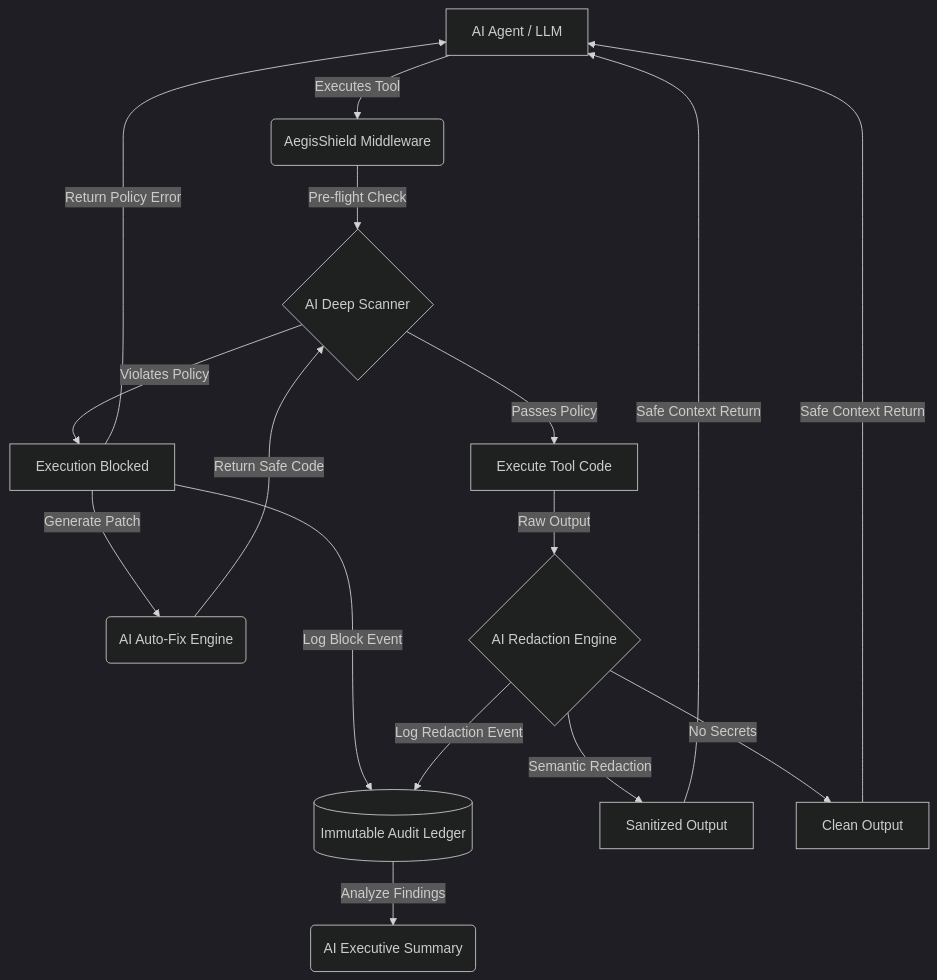
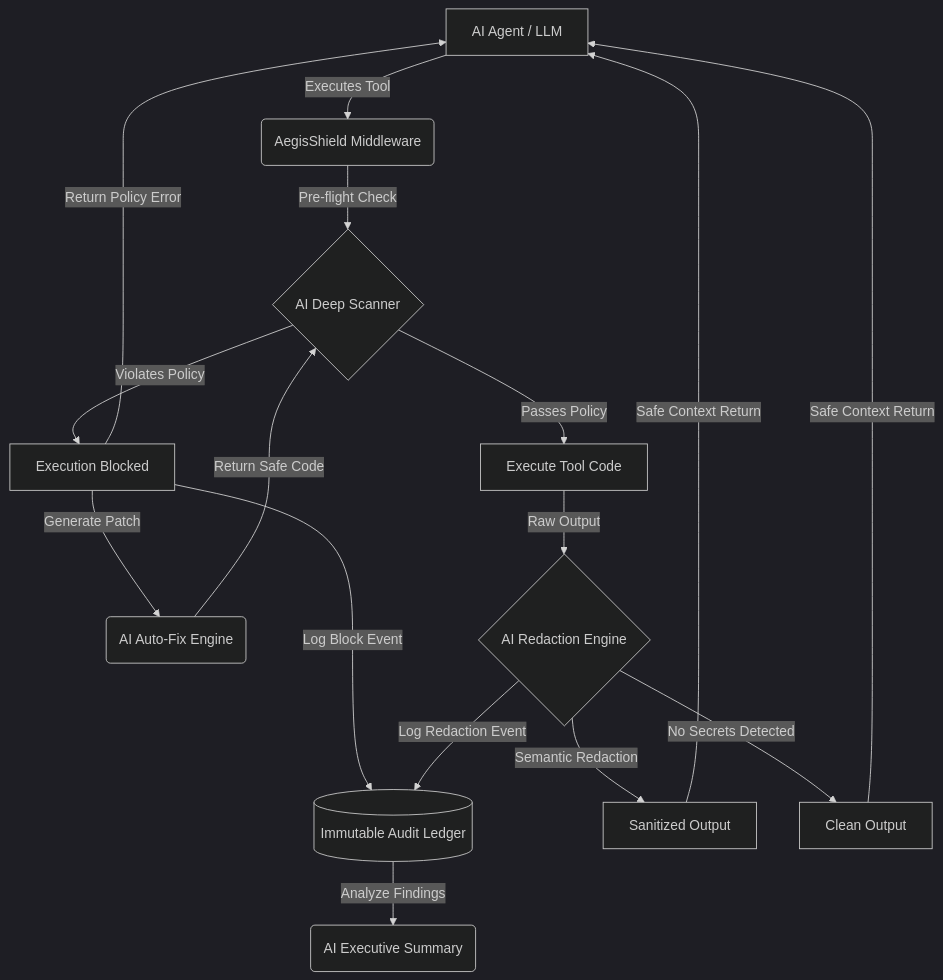
One commit to amitwaghmare888/AegisShield changed the diagram in README.md. Above: the diagram before and after it, drawn with Mermaid (dark theme). The commit also changed other lines of this file, not shown here.

````diff
--- a/README.md
+++ b/README.md
@@ -54,30 +82,24 @@
 ```mermaid
 graph TD
     A[AI Agent / LLM] -->|Executes Tool| B(AegisShield Middleware)
     B -->|Pre-flight Check| C{AI Deep Scanner}
-    
-    %% Pre-flight Blocked Path
+
     C -->|Violates Policy| D[Execution Blocked]
     D -->|Generate Patch| J(AI Auto-Fix Engine)
     J -->|Return Safe Code| C
     D -->|Return Policy Error| A
     D -->|Log Block Event| H[(Immutable Audit Ledger)]
-    
-    %% Pre-flight Passed Path
+
     C -->|Passes Policy| E[Execute Tool Code]
     E -->|Raw Output| F{AI Redaction Engine}
-    
-    %% Redaction Paths
+
     F -->|Semantic Redaction| G[Sanitized Output]
-    F -->|No Secrets| I[Clean Output]
-    
-    %% Returning to Agent
+    F -->|No Secrets Detected| I[Clean Output]
+
     G -->|Safe Context Return| A
     I -->|Safe Context Return| A
-    
-    %% Audit Logging for Outputs
+
     F -->|Log Redaction Event| H
-    
-    %% AI Threat Reporting
+
     H -->|Analyze Findings| K(AI Executive Summary)
 ```
````
